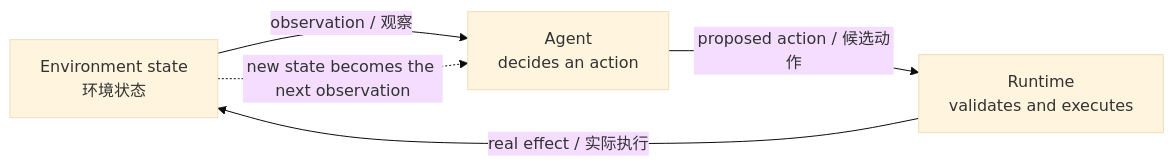
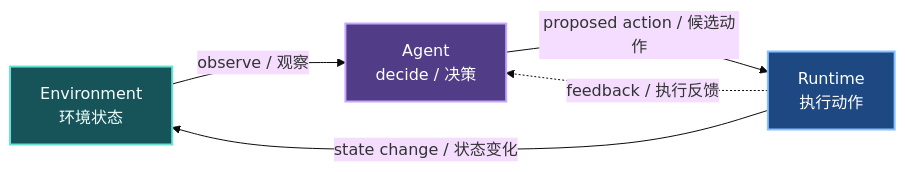
The diagram in docs/assets/concepts/agent-loop.mmd (braventechcn/Agent_System), drawn with Mermaid (base theme) before and after one commit. The commit also changed 14 other files, not shown here.

Commit message:
Render colored concept diagrams from Mermaid sources

```diff
--- a/docs/assets/concepts/agent-loop.mmd
+++ b/docs/assets/concepts/agent-loop.mmd
@@ -1,5 +1,11 @@
 flowchart LR
-    E["Environment state<br/>环境状态"] -->|observation / 观察| A["Agent<br/>decides an action"]
-    A -->|proposed action / 候选动作| R["Runtime<br/>validates and executes"]
-    R -->|real effect / 实际执行| E
-    E -. new state becomes the next observation .-> A
+    E["Environment<br/>环境状态"] -->|observe / 观察| A["Agent<br/>decide / 决策"]
+    A -->|proposed action / 候选动作| H["Runtime<br/>执行动作"]
+    H -->|state change / 状态变化| E
+    H -.->|feedback / 执行反馈| A
+    classDef environment fill:#16545a,stroke:#67e3d1,color:#f4fffd,stroke-width:2px
+    classDef agent fill:#513c87,stroke:#c6a7ff,color:#ffffff,stroke-width:2px
+    classDef runtime fill:#1d4882,stroke:#87c0ff,color:#ffffff,stroke-width:2px
+    class E environment
+    class A agent
+    class H runtime
```
